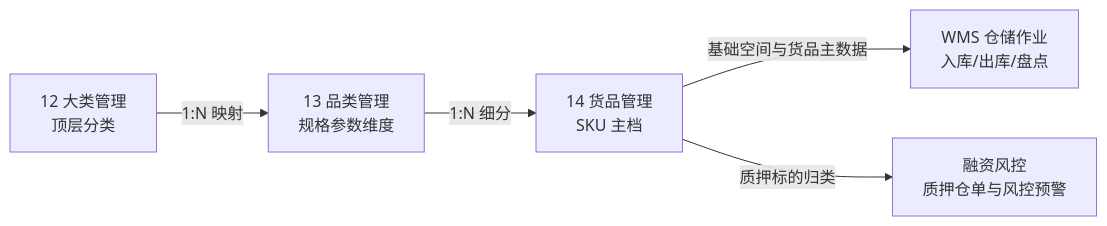
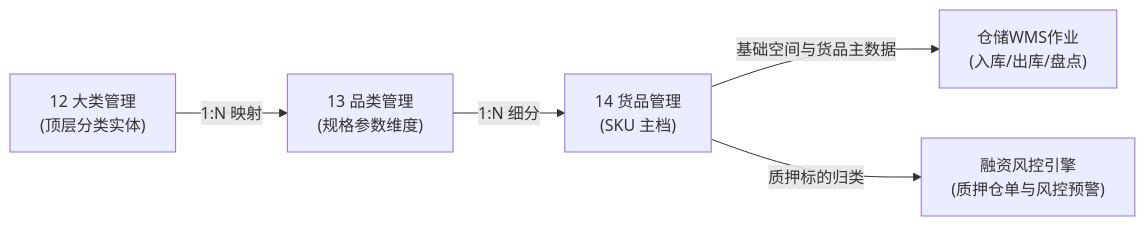
Before and after one commit to RobertHuang999/SYZC: the diagram in 02-PRD文档/🌟🌟🌟-最新基准版/B端PC/08-配置管理/12-货品规格管理-大类管理/大类管理主PRD.md, drawn with Mermaid. The commit also changed other lines of this file and 264 other files, not shown here.

````diff
--- a/02-PRD文档/🌟🌟🌟-最新基准版/B端PC/08-配置管理/12-货品规格管理-大类管理/大类管理主PRD.md
+++ b/02-PRD文档/🌟🌟🌟-最新基准版/B端PC/08-配置管理/12-货品规格管理-大类管理/大类管理主PRD.md
@@ -25,7 +25,7 @@
 ```mermaid
 flowchart LR
-    A[12 大类管理<br/>顶层分类] -->|1:N 映射| B[13 品类管理<br/>规格参数维度]
-    B -->|1:N 细分| C[14 货品管理<br/>SKU 主档]
-    C -->|基础空间与货品主数据| D[WMS 仓储作业<br/>入库/出库/盘点]
-    C -->|质押标的归类| E[融资风控<br/>质押仓单与风控预警]
+    A["12 大类管理<br/>(顶层分类实体)"] -->|1:N 映射| B["13 品类管理<br/>(规格参数维度)"]
+    B -->|1:N 细分| C["14 货品管理<br/>(SKU 主档)"]
+    C -->|基础空间与货品主数据| D["仓储WMS作业<br/>(入库/出库/盘点)"]
+    C -->|质押标的归类| E["融资风控引擎<br/>(质押仓单与风控预警)"]
 ```
````
